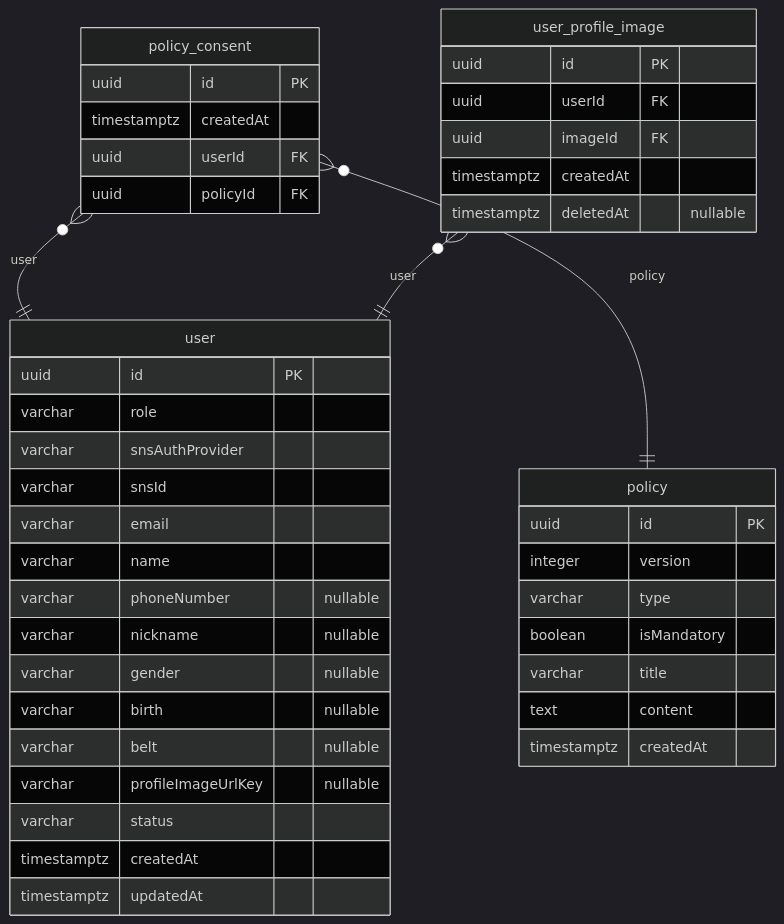
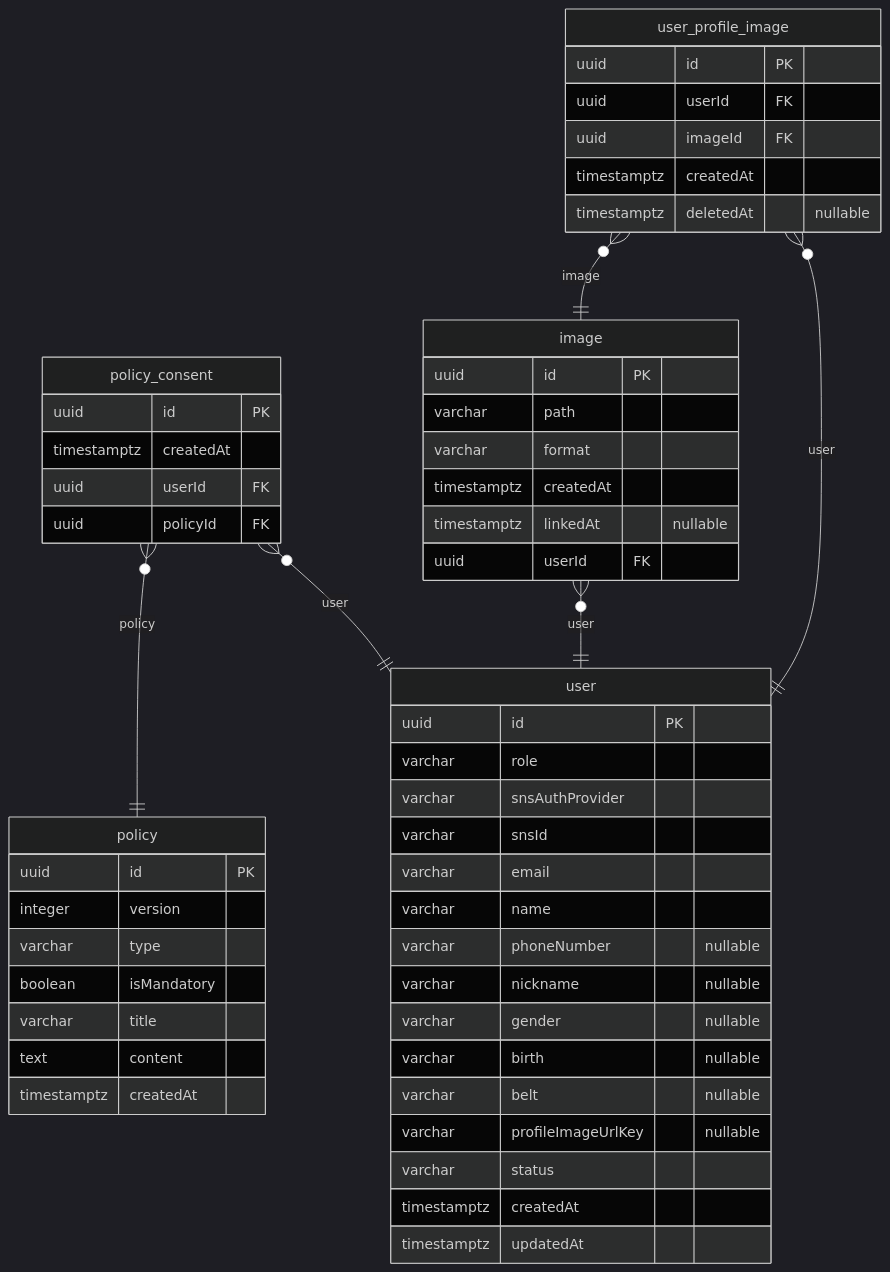
The first of 5 diagrams in docs/najiha-v2-erd.md (NAJUHA-JIUJITSU/najuha-v2-be), drawn with Mermaid (dark theme) before and after one commit. The commit also changed other lines of this file and 12 other files, not shown here.

````diff
--- a/docs/najiha-v2-erd.md
+++ b/docs/najiha-v2-erd.md
@@ -20,45 +20,55 @@
 ```mermaid
 erDiagram
   policy {
     uuid id PK
     integer version
     varchar type
     boolean isMandatory
     varchar title
     text content
     timestamptz createdAt
   }
   policy_consent {
     uuid id PK
     timestamptz createdAt
     uuid userId FK
     uuid policyId FK
   }
   user_profile_image {
     uuid id PK
     uuid userId FK
     uuid imageId FK
     timestamptz createdAt
     timestamptz deletedAt "nullable"
   }
+  image {
+    uuid id PK
+    varchar path
+    varchar format
+    timestamptz createdAt
+    timestamptz linkedAt "nullable"
+    uuid userId FK
+  }
   user {
     uuid id PK
     varchar role
     varchar snsAuthProvider
     varchar snsId
     varchar email
     varchar name
     varchar phoneNumber "nullable"
     varchar nickname "nullable"
     varchar gender "nullable"
     varchar birth "nullable"
     varchar belt "nullable"
     varchar profileImageUrlKey "nullable"
     varchar status
     timestamptz createdAt
     timestamptz updatedAt
   }
   policy_consent }o--|| user: user
   policy_consent }o--|| policy: policy
   user_profile_image }o--|| user: user
+  user_profile_image }o--|| image: image
+  image }o--|| user: user
 ```
````
